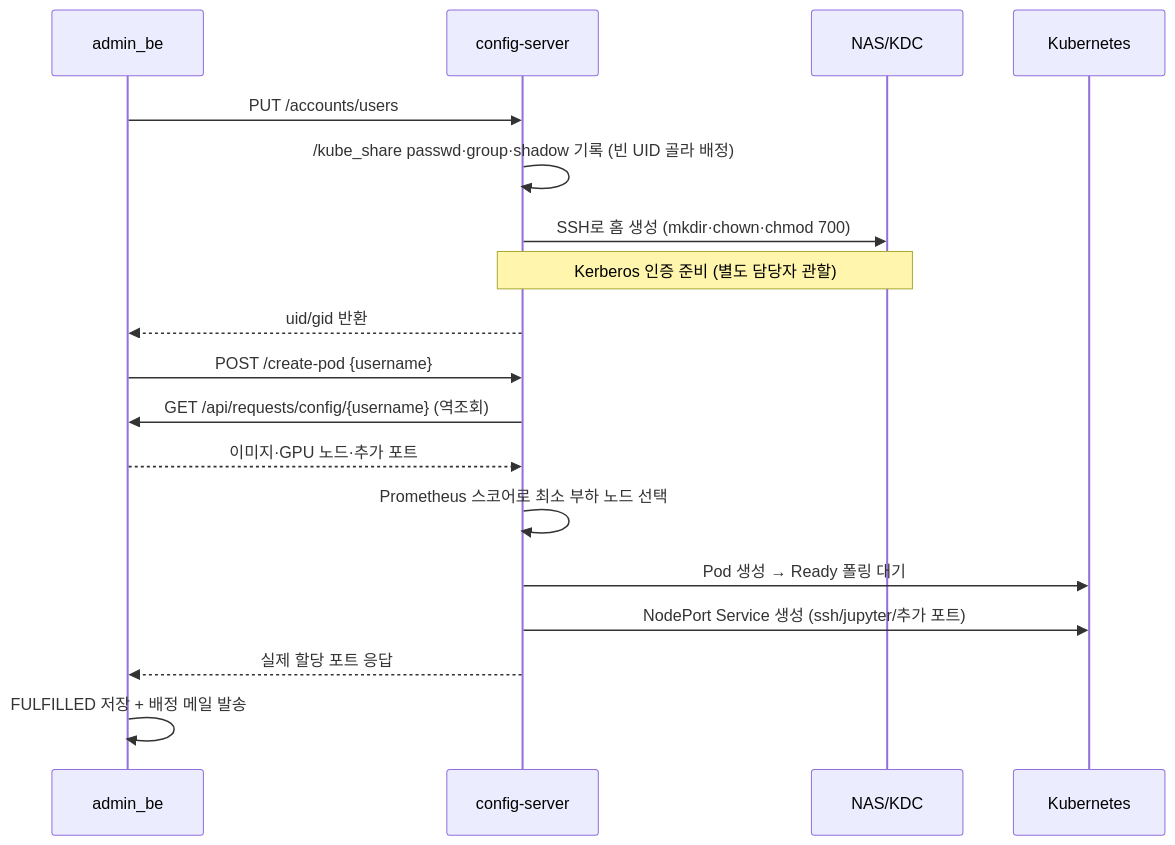
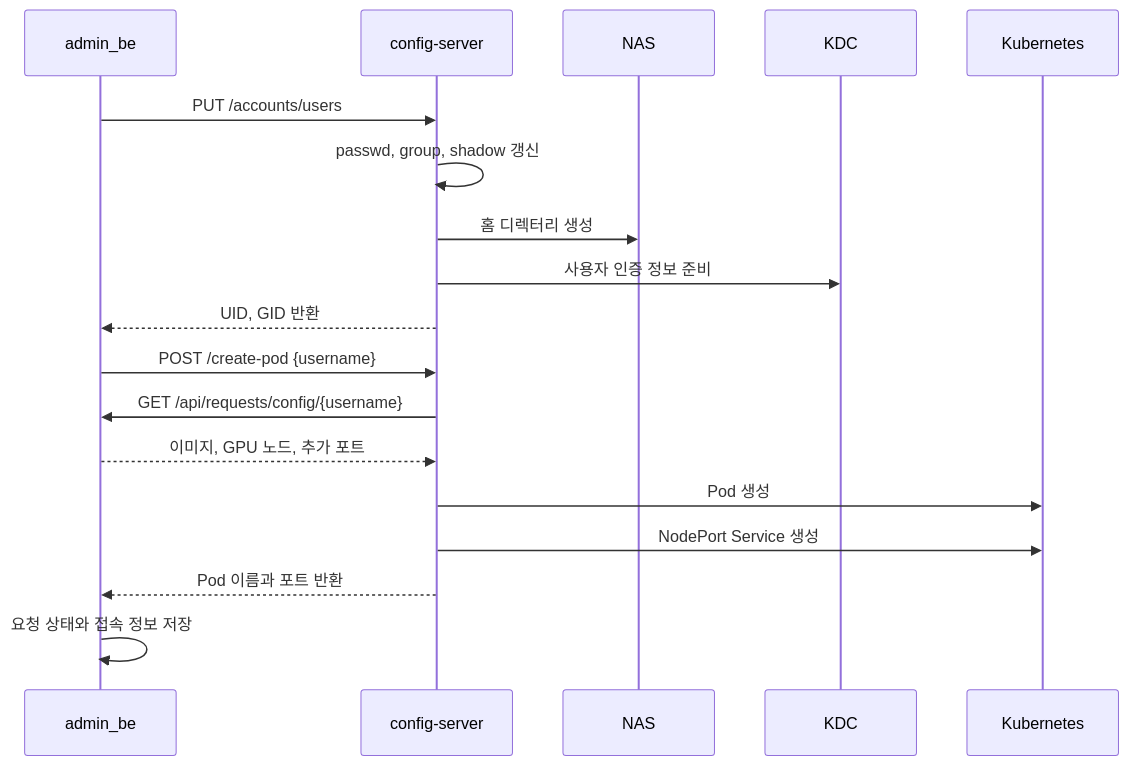
The first of 5 diagrams in md/infra/design/시스템-아키텍처.md (CSID-DGU/admin_wiki), drawn with Mermaid before and after one commit. The commit also changed other lines of this file and 3 other files, not shown here.

Commit message:
docs(infra): rewrite architecture guide in plain language

````diff
--- a/md/infra/design/시스템-아키텍처.md
+++ b/md/infra/design/시스템-아키텍처.md
@@ -74,21 +32,22 @@
 ```mermaid
 sequenceDiagram
     participant BE as admin_be
     participant CS as config-server
-    participant NAS as NAS/KDC
+    participant NAS as NAS
+    participant KDC as KDC
     participant K as Kubernetes
 
     BE->>CS: PUT /accounts/users
-    CS->>CS: /kube_share passwd·group·shadow 기록 (빈 UID 골라 배정)
-    CS->>NAS: SSH로 홈 생성 (mkdir·chown·chmod 700)
-    Note over CS,NAS: Kerberos 인증 준비 (별도 담당자 관할)
-    CS-->>BE: uid/gid 반환
+    CS->>CS: passwd, group, shadow 갱신
+    CS->>NAS: 홈 디렉터리 생성
+    CS->>KDC: 사용자 인증 정보 준비
+    CS-->>BE: UID, GID 반환
+
     BE->>CS: POST /create-pod {username}
-    CS->>BE: GET /api/requests/config/{username} (역조회)
-    BE-->>CS: 이미지·GPU 노드·추가 포트
-    CS->>CS: Prometheus 스코어로 최소 부하 노드 선택
-    CS->>K: Pod 생성 → Ready 폴링 대기
-    CS->>K: NodePort Service 생성 (ssh/jupyter/추가 포트)
-    CS-->>BE: 실제 할당 포트 응답
-    BE->>BE: FULFILLED 저장 + 배정 메일 발송
+    CS->>BE: GET /api/requests/config/{username}
+    BE-->>CS: 이미지, GPU 노드, 추가 포트
+    CS->>K: Pod 생성
+    CS->>K: NodePort Service 생성
+    CS-->>BE: Pod 이름과 포트 반환
+    BE->>BE: 요청 상태와 접속 정보 저장
 ```
````
